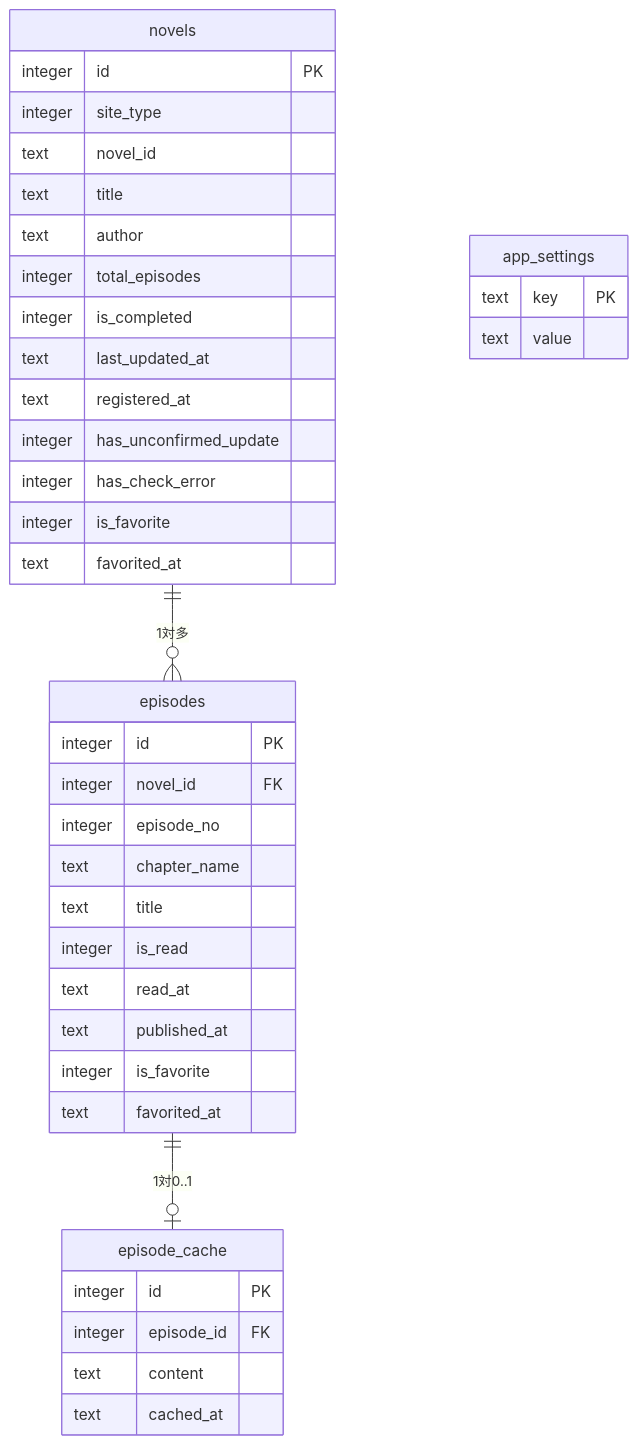
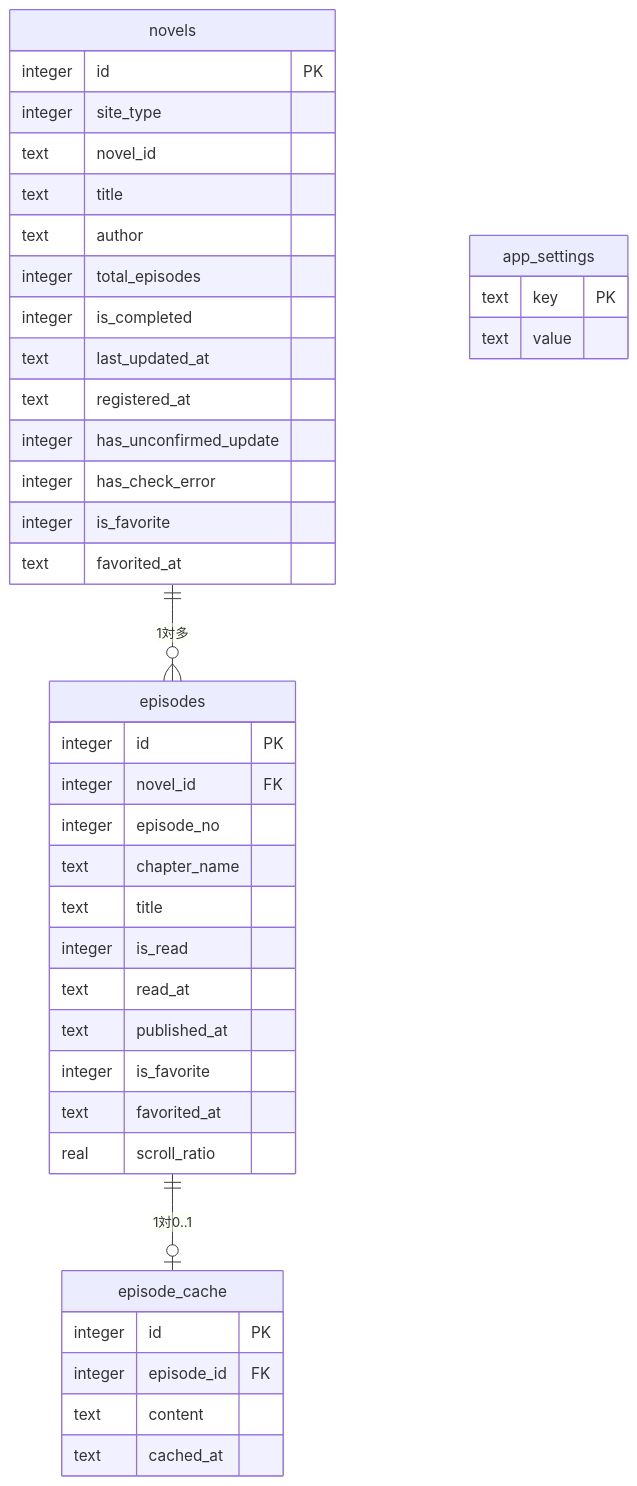
The second of 2 diagrams in _Apps/LanobeReader/Features/requirements_lanovereader.md (twinbird827/TBird.Library), drawn with Mermaid before and after one commit. The commit also changed other lines of this file and 8 other files, not shown here.

````diff
--- a/_Apps/LanobeReader/Features/requirements_lanovereader.md
+++ b/_Apps/LanobeReader/Features/requirements_lanovereader.md
@@ -977,46 +980,47 @@
 ```mermaid
 erDiagram
     novels ||--o{ episodes : "1対多"
     episodes ||--o| episode_cache : "1対0..1"
 
     novels {
         integer id PK
         integer site_type
         text novel_id
         text title
         text author
         integer total_episodes
         integer is_completed
         text last_updated_at
         text registered_at
         integer has_unconfirmed_update
         integer has_check_error
         integer is_favorite
         text favorited_at
     }
 
     episodes {
         integer id PK
         integer novel_id FK
         integer episode_no
         text chapter_name
         text title
         integer is_read
         text read_at
         text published_at
         integer is_favorite
         text favorited_at
+        real scroll_ratio
     }
 
     episode_cache {
         integer id PK
         integer episode_id FK
         text content
         text cached_at
     }
 
     app_settings {
         text key PK
         text value
     }
 ```
````
